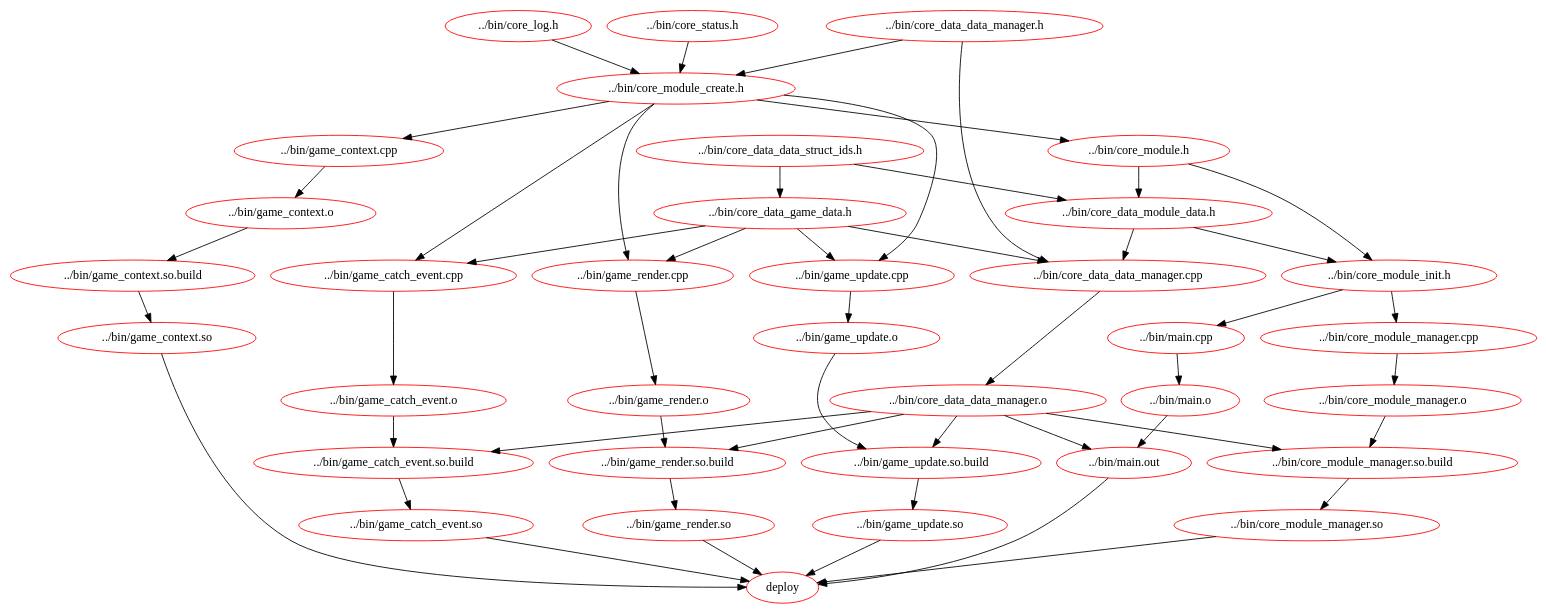
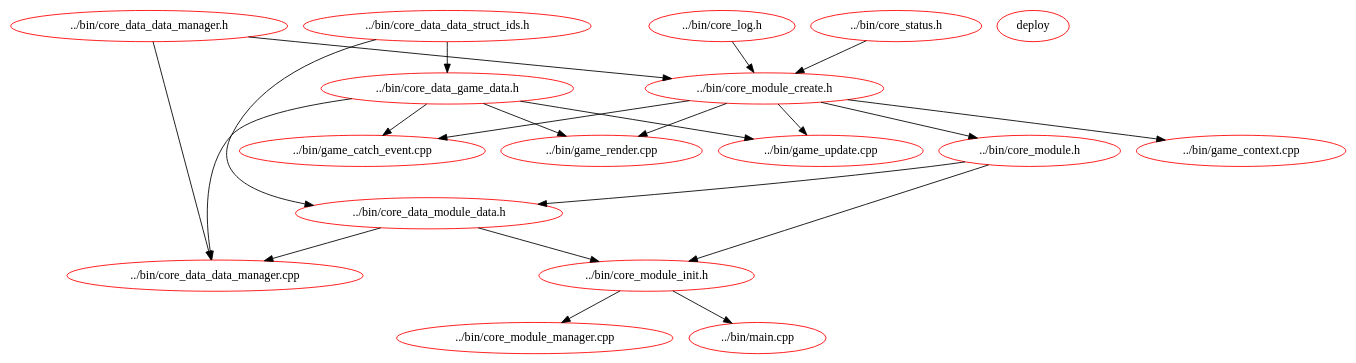
One commit to mtiudaeu/home changed the diagram in fun/05_shared_lib_02/output_clean.dot. Above: the diagram before and after it, drawn with Graphviz. The commit also changed 1 other file, not shown here.

```diff
--- a/fun/05_shared_lib_02/output_clean.dot
+++ b/fun/05_shared_lib_02/output_clean.dot
@@ -1,87 +1,40 @@
 digraph G {
 n26[label="../bin/core_data_data_manager.cpp", color="red"];
 n22[label="../bin/core_data_data_manager.h", color="red"];
-n24[label="../bin/core_data_data_manager.o", color="red"];
 n12[label="../bin/core_data_data_struct_ids.h", color="red"];
 n27[label="../bin/core_data_game_data.h", color="red"];
 n10[label="../bin/core_data_module_data.h", color="red"];
 n20[label="../bin/core_log.h", color="red"];
 n14[label="../bin/core_module.h", color="red"];
 n16[label="../bin/core_module_create.h", color="red"];
 n8[label="../bin/core_module_init.h", color="red"];
 n33[label="../bin/core_module_manager.cpp", color="red"];
-n31[label="../bin/core_module_manager.o", color="red"];
-n29[label="../bin/core_module_manager.so", color="red"];
-n30[label="../bin/core_module_manager.so.build", color="red"];
 n18[label="../bin/core_status.h", color="red"];
 n48[label="../bin/game_catch_event.cpp", color="red"];
-n46[label="../bin/game_catch_event.o", color="red"];
-n44[label="../bin/game_catch_event.so", color="red"];
-n45[label="../bin/game_catch_event.so.build", color="red"];
 n38[label="../bin/game_context.cpp", color="red"];
-n36[label="../bin/game_context.o", color="red"];
-n34[label="../bin/game_context.so", color="red"];
-n35[label="../bin/game_context.so.build", color="red"];
 n43[label="../bin/game_render.cpp", color="red"];
-n41[label="../bin/game_render.o", color="red"];
-n39[label="../bin/game_render.so", color="red"];
-n40[label="../bin/game_render.so.build", color="red"];
 n53[label="../bin/game_update.cpp", color="red"];
-n51[label="../bin/game_update.o", color="red"];
-n49[label="../bin/game_update.so", color="red"];
-n50[label="../bin/game_update.so.build", color="red"];
 n7[label="../bin/main.cpp", color="red"];
-n5[label="../bin/main.o", color="red"];
-n4[label="../bin/main.out", color="red"];
 n3[label="deploy", color="red"];
 n22 -> n26 ; 
 n27 -> n26 ; 
 n10 -> n26 ; 
-n26 -> n24 ; 
 n12 -> n27 ; 
 n12 -> n10 ; 
 n14 -> n10 ; 
 n16 -> n14 ; 
 n22 -> n16 ; 
 n20 -> n16 ; 
 n18 -> n16 ; 
 n10 -> n8 ; 
 n14 -> n8 ; 
 n8 -> n33 ; 
-n33 -> n31 ; 
-n30 -> n29 ; 
-n24 -> n30 ; 
-n31 -> n30 ; 
 n27 -> n48 ; 
 n16 -> n48 ; 
-n48 -> n46 ; 
-n45 -> n44 ; 
-n24 -> n45 ; 
-n46 -> n45 ; 
 n16 -> n38 ; 
-n38 -> n36 ; 
-n35 -> n34 ; 
-n36 -> n35 ; 
 n27 -> n43 ; 
 n16 -> n43 ; 
-n43 -> n41 ; 
-n40 -> n39 ; 
-n24 -> n40 ; 
-n41 -> n40 ; 
 n27 -> n53 ; 
 n16 -> n53 ; 
-n53 -> n51 ; 
-n50 -> n49 ; 
-n24 -> n50 ; 
-n51 -> n50 ; 
 n8 -> n7 ; 
-n7 -> n5 ; 
-n24 -> n4 ; 
-n5 -> n4 ; 
-n29 -> n3 ; 
-n44 -> n3 ; 
-n34 -> n3 ; 
-n39 -> n3 ; 
-n49 -> n3 ; 
-n4 -> n3 ; 
 }
```
